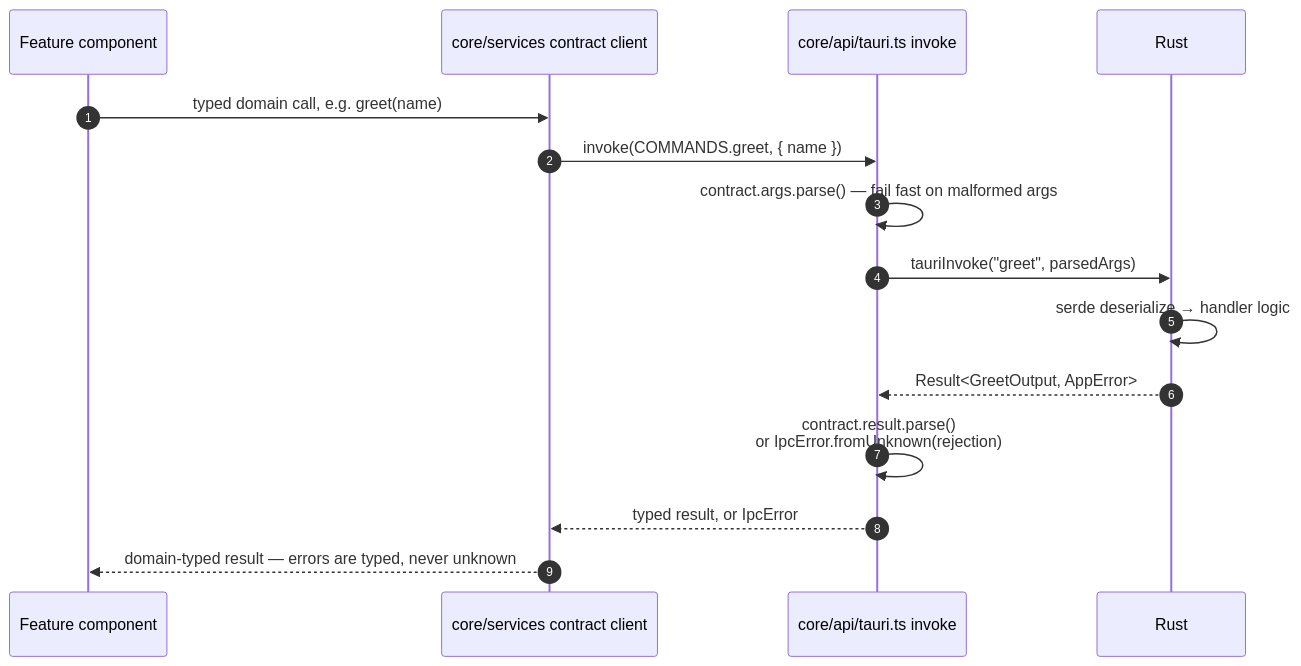
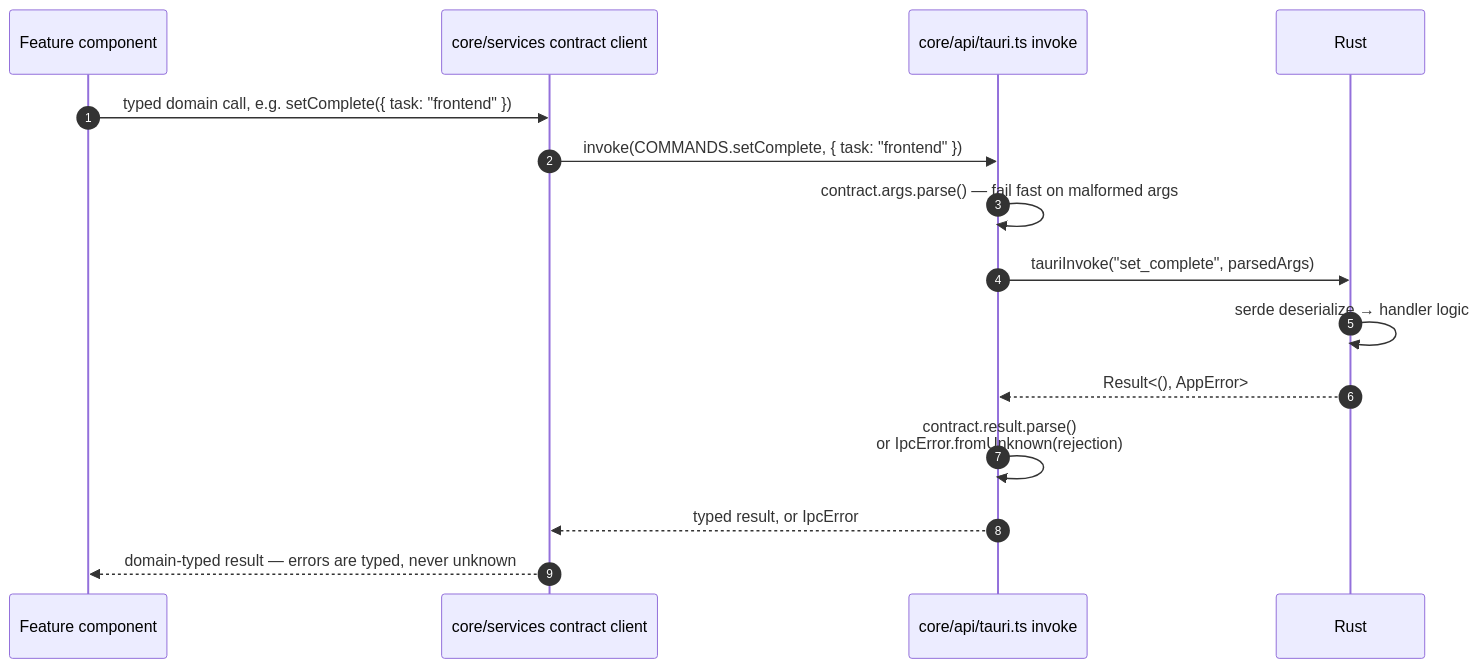
The second of 2 diagrams in docs/20-architecture/21_Frontend.md (moughamir/dex), drawn with Mermaid before and after one commit. The commit also changed other lines of this file and 36 other files, not shown here.

````diff
--- a/docs/20-architecture/21_Frontend.md
+++ b/docs/20-architecture/21_Frontend.md
@@ -130,17 +130,17 @@
 ```mermaid
 sequenceDiagram
     autonumber
     participant F as Feature component
     participant S as core/services contract client
     participant A as core/api/tauri.ts invoke
     participant R as Rust #[tauri::command]
-    F->>S: typed domain call, e.g. greet(name)
-    S->>A: invoke(COMMANDS.greet, { name })
+    F->>S: typed domain call, e.g. setComplete({ task: "frontend" })
+    S->>A: invoke(COMMANDS.setComplete, { task: "frontend" })
     A->>A: contract.args.parse() — fail fast on malformed args
-    A->>R: tauriInvoke("greet", parsedArgs)
+    A->>R: tauriInvoke("set_complete", parsedArgs)
     R->>R: serde deserialize → handler logic
-    R-->>A: Result<GreetOutput, AppError>
+    R-->>A: Result<(), AppError>
     A->>A: contract.result.parse()<br/>or IpcError.fromUnknown(rejection)
     A-->>S: typed result, or IpcError
     S-->>F: domain-typed result — errors are typed, never unknown
 ```
````
